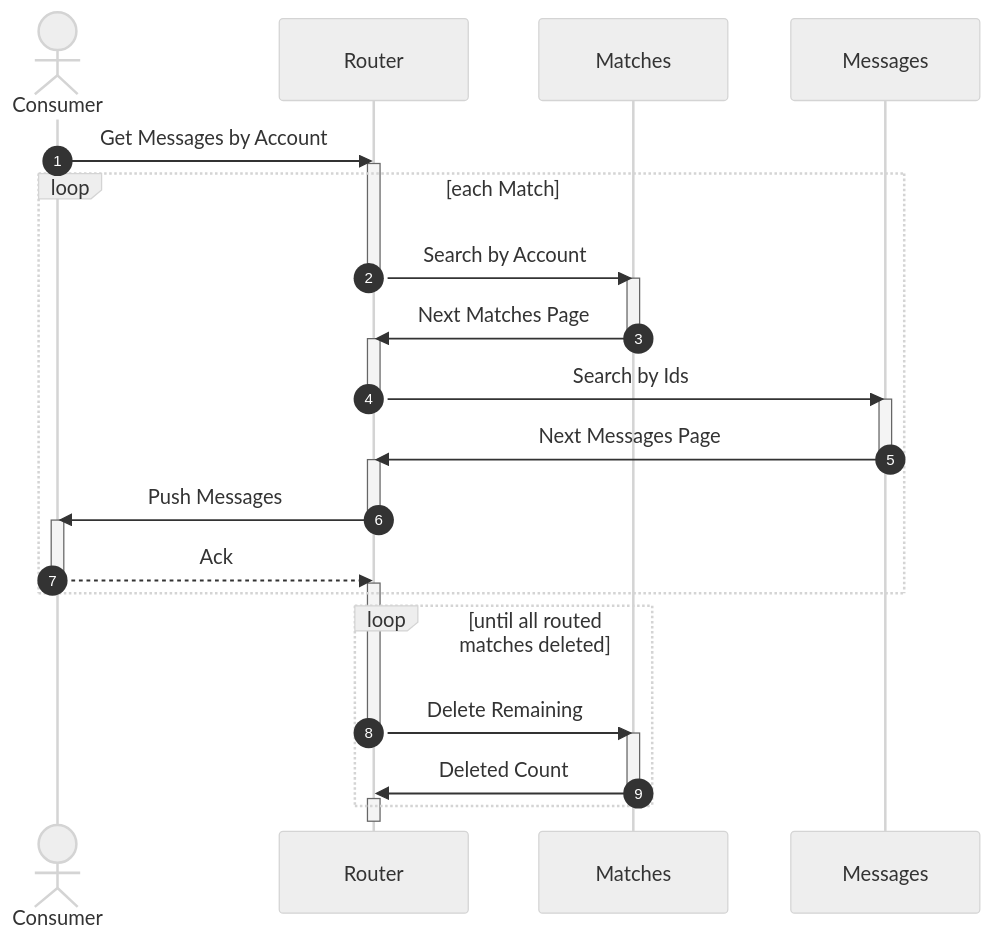
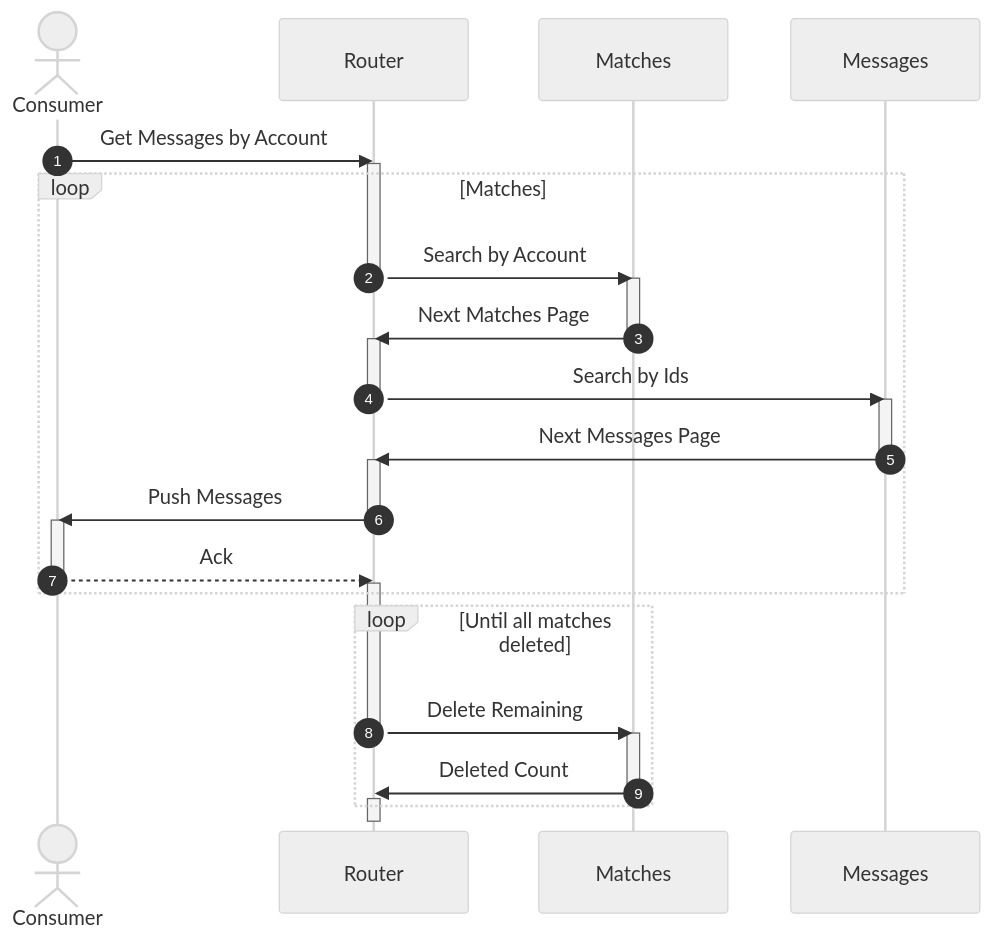
Before and after one commit to awakari/.github: the second of 2 diagrams in profile/README.md, drawn with Mermaid. The commit also changed other lines of this file, not shown here.

````diff
--- a/profile/README.md
+++ b/profile/README.md
@@ -201,59 +202,59 @@
 ```mermaid
 %%{init: {'theme': 'neutral' } }%%
 sequenceDiagram
 
     autonumber
 
     actor Consumer
     participant Router
     participant Matches
     participant Messages
 
     Consumer->>Router: Get Messages by Account
 
     activate Router
     
-    loop each Match      
+    loop Matches
     
         Router->>Matches: Search by Account
         deactivate Router
         
         activate Matches
         Matches->>Router: Next Matches Page
         deactivate Matches
         
         activate Router
         Router->>Messages: Search by Ids
         deactivate Router
     
         activate Messages
         Messages->>Router: Next Messages Page
         deactivate Messages
         
         activate Router
         Router->>Consumer: Push Messages
         deactivate Router
 
         activate Consumer
         Consumer-->>Router: Ack
         deactivate Consumer
         
         activate Router
     
     end
 
-    loop until all routed matches deleted
+    loop Until all matches deleted
     
         Router->>Matches: Delete Remaining
         deactivate Router
         
         activate Matches
         Matches->>Router: Deleted Count 
         deactivate Matches
         
         activate Router
         
     end
     
     deactivate Router
 ```
````
